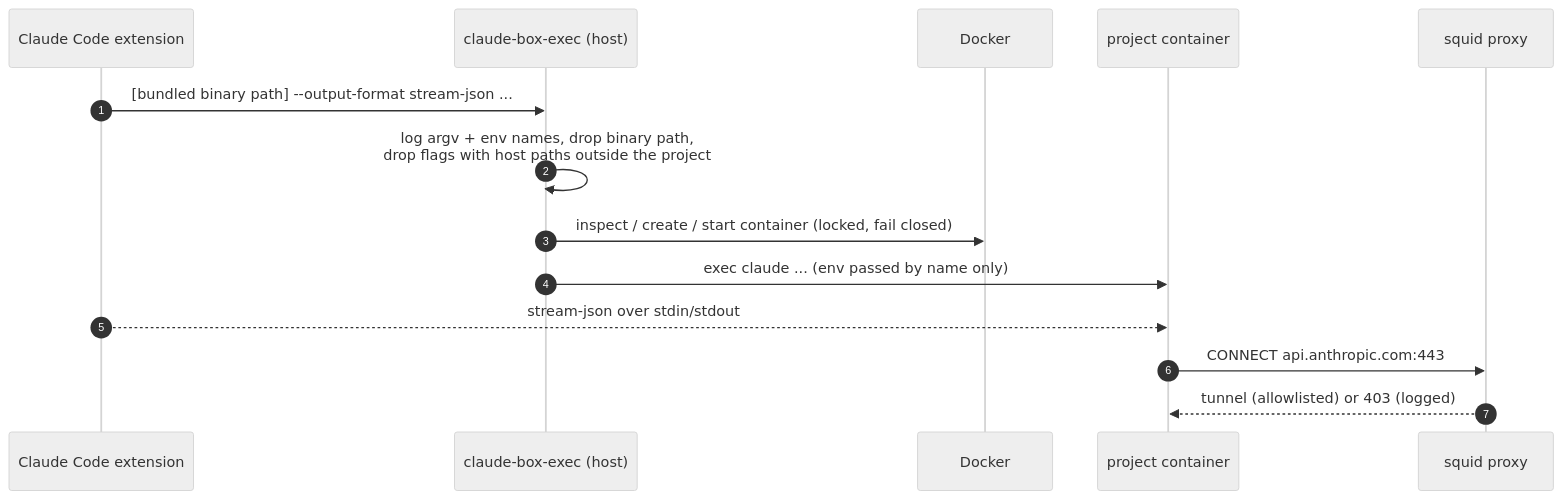
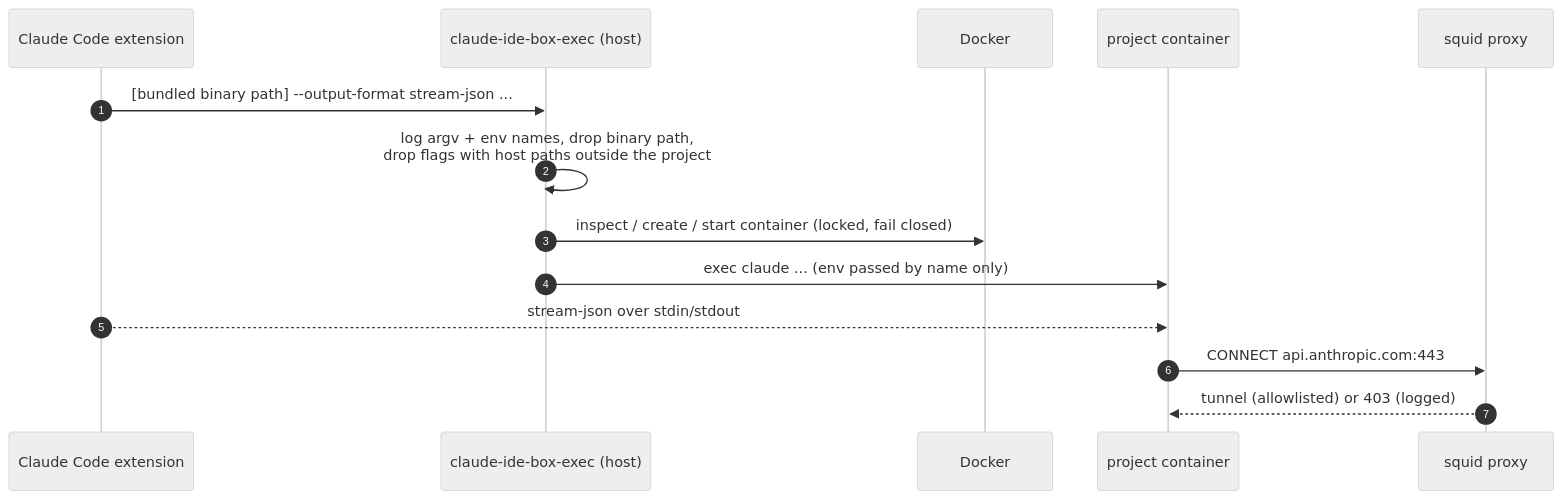
Before and after one commit to PiotrSitkowski/claude-ide-box: the diagram in README.md, drawn with Mermaid (neutral theme). The commit also changed other lines of this file and 26 other files, not shown here.

First line of the commit message:
Rename the project to Claude IDE Box

````diff
--- a/README.md
+++ b/README.md
@@ -57,16 +57,16 @@
 ```mermaid
 sequenceDiagram
     autonumber
     participant Ext as Claude Code extension
-    participant W as claude-box-exec (host)
+    participant W as claude-ide-box-exec (host)
     participant D as Docker
     participant C as project container
     participant P as squid proxy
     Ext->>W: [bundled binary path] --output-format stream-json ...
     W->>W: log argv + env names, drop binary path,<br/>drop flags with host paths outside the project
     W->>D: inspect / create / start container (locked, fail closed)
     W->>C: exec claude ... (env passed by name only)
     Ext-->>C: stream-json over stdin/stdout
     C->>P: CONNECT api.anthropic.com:443
     P-->>C: tunnel (allowlisted) or 403 (logged)
 ```
````
